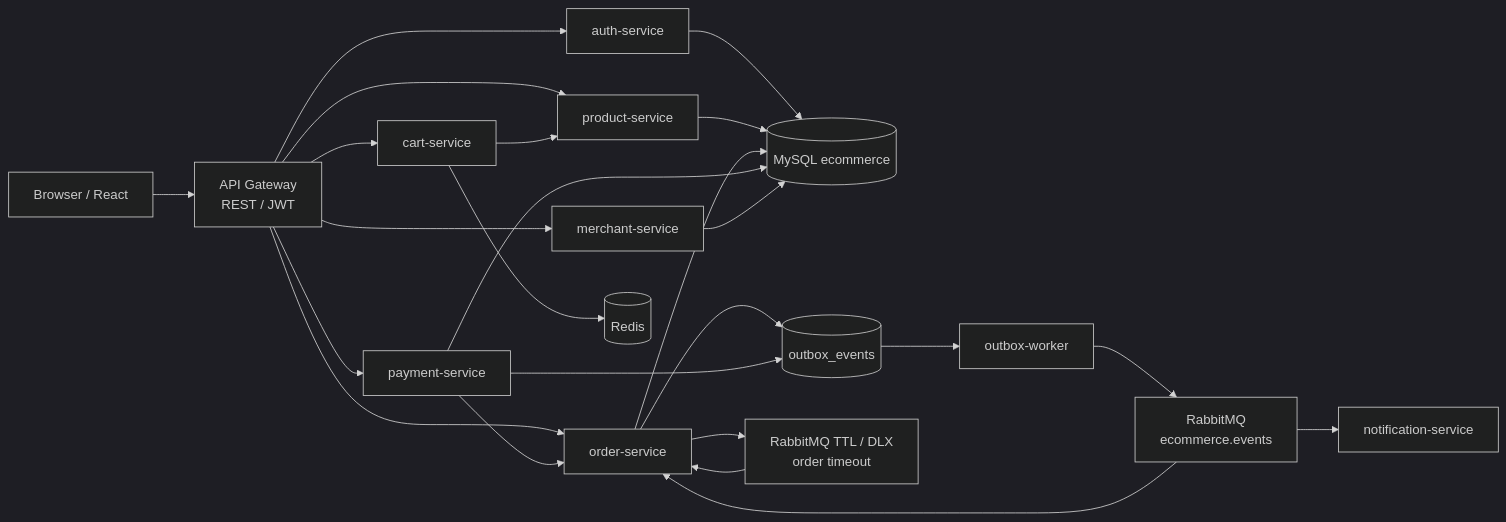
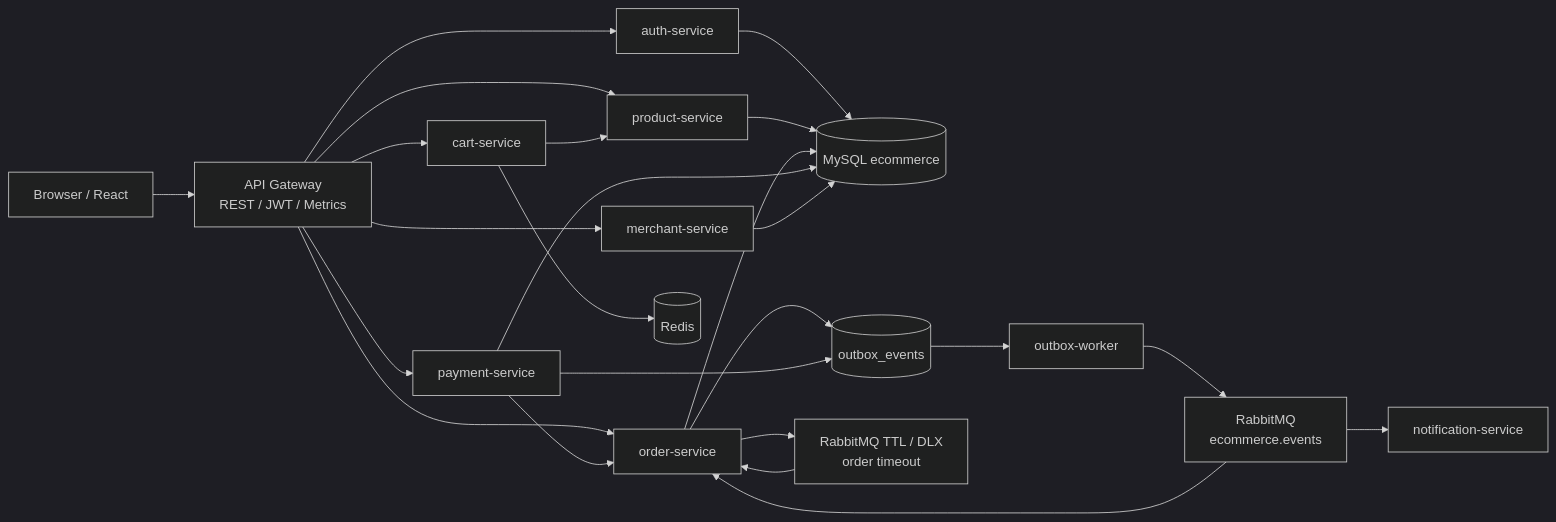
The second of 2 diagrams in README.md (SymphonyW/Go-Commerce), drawn with Mermaid (dark theme) before and after one commit. The commit also changed other lines of this file and 1 other file, not shown here.

````diff
--- a/README.md
+++ b/README.md
@@ -79,31 +89,31 @@
 ```mermaid
 flowchart LR
-    U["Browser / React"] --> G["API Gateway<br/>REST / JWT"]
+    Browser["Browser / React"] --> Gateway["API Gateway<br/>REST / JWT / Metrics"]
 
-    G --> A["auth-service"]
-    G --> P["product-service"]
-    G --> C["cart-service"]
-    G --> O["order-service"]
-    G --> PAY["payment-service"]
-    G --> M["merchant-service"]
+    Gateway --> Auth["auth-service"]
+    Gateway --> Product["product-service"]
+    Gateway --> Cart["cart-service"]
+    Gateway --> Order["order-service"]
+    Gateway --> Payment["payment-service"]
+    Gateway --> Merchant["merchant-service"]
 
-    C --> P
-    PAY --> O
+    Cart --> Product
+    Payment --> Order
 
-    A --> DB[("MySQL ecommerce")]
-    P --> DB
-    O --> DB
-    PAY --> DB
-    M --> DB
-    C --> R[("Redis")]
+    Auth --> MySQL[("MySQL ecommerce")]
+    Product --> MySQL
+    Order --> MySQL
+    Payment --> MySQL
+    Merchant --> MySQL
+    Cart --> Redis[("Redis")]
 
-    O --> OB[("outbox_events")]
-    PAY --> OB
-    OB --> W["outbox-worker"]
-    W --> MQ["RabbitMQ<br/>ecommerce.events"]
+    Order --> Outbox[("outbox_events")]
+    Payment --> Outbox
+    Outbox --> Worker["outbox-worker"]
+    Worker --> MQ["RabbitMQ<br/>ecommerce.events"]
 
-    O --> TQ["RabbitMQ TTL / DLX<br/>order timeout"]
-    TQ --> O
-    MQ --> N["notification-service"]
-    MQ --> O
+    Order --> Timeout["RabbitMQ TTL / DLX<br/>order timeout"]
+    Timeout --> Order
+    MQ --> Notification["notification-service"]
+    MQ --> Order
 ```
````
